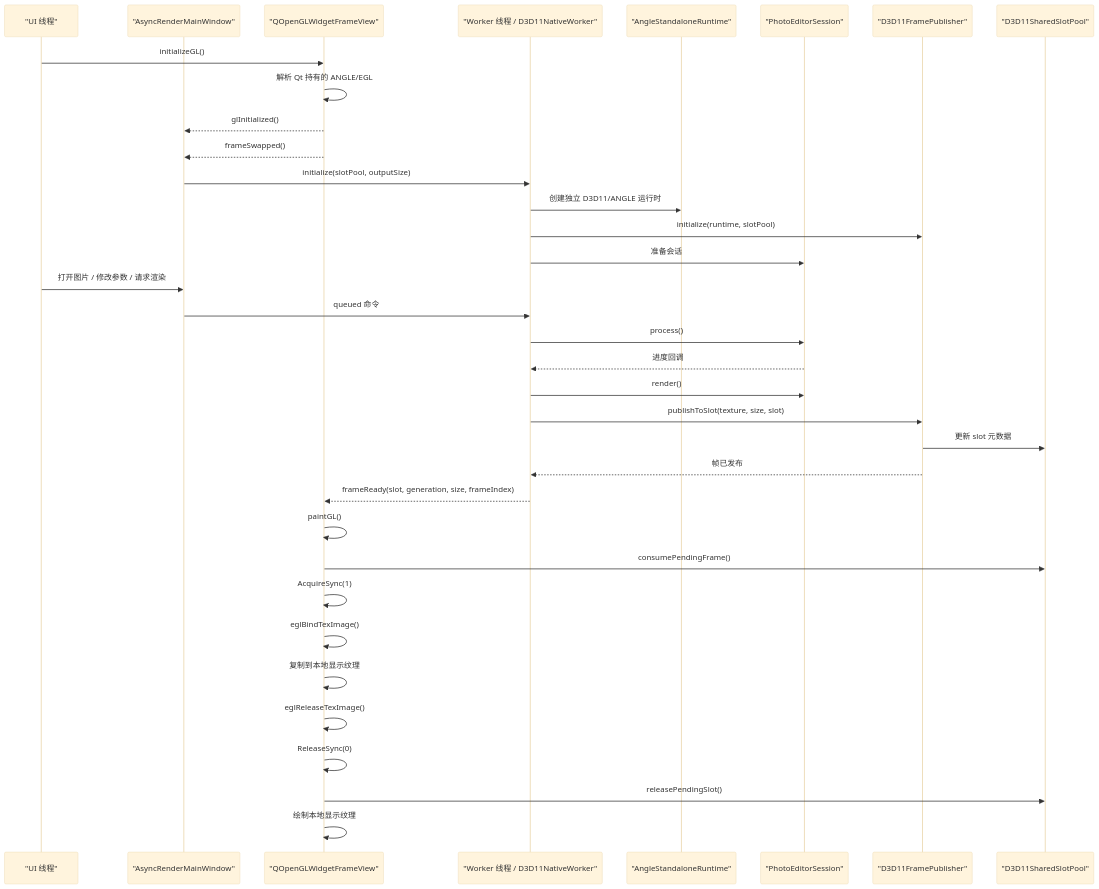
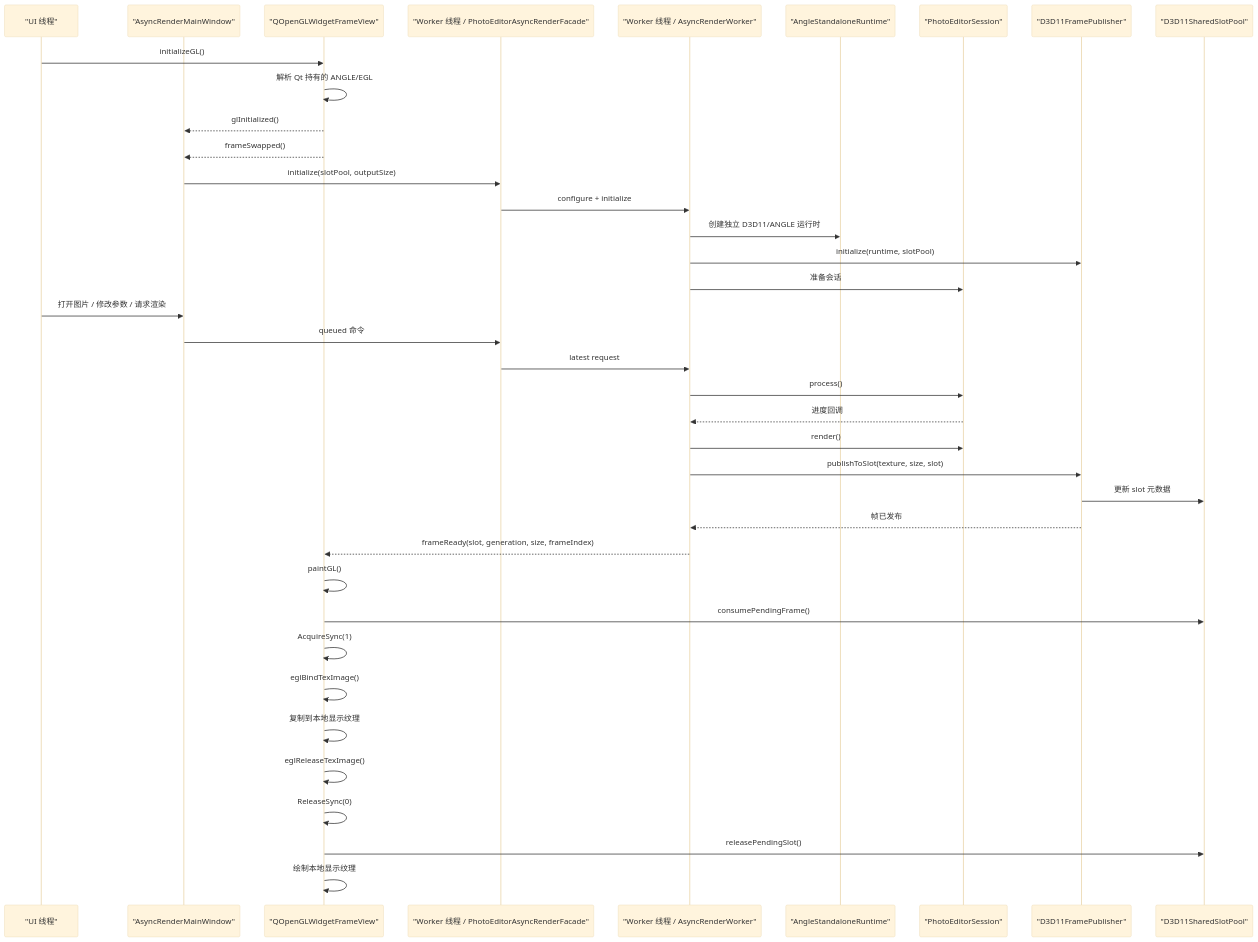
One commit to Peranger1/Gles2AsyncRender changed the second of 2 diagrams in ARCHITECTURE.md. Above: the diagram before and after it, drawn with Mermaid (base theme). The commit also changed other lines of this file and 16 other files, not shown here.

Commit message:
Split app facade from async render worker

````diff
--- a/ARCHITECTURE.md
+++ b/ARCHITECTURE.md
@@ -182,40 +189,43 @@
 ```mermaid
 sequenceDiagram
     participant UI as "UI 线程"
     participant Win as "AsyncRenderMainWindow"
     participant Wgt as "QOpenGLWidgetFrameView"
-    participant Wkr as "Worker 线程 / D3D11NativeWorker"
+    participant Fac as "Worker 线程 / PhotoEditorAsyncRenderFacade"
+    participant Wkr as "Worker 线程 / AsyncRenderWorker"
     participant RT as "AngleStandaloneRuntime"
     participant Alg as "PhotoEditorSession"
     participant Pub as "D3D11FramePublisher"
     participant Pool as "D3D11SharedSlotPool"
 
     UI->>Wgt: initializeGL()
     Wgt->>Wgt: 解析 Qt 持有的 ANGLE/EGL
     Wgt-->>Win: glInitialized()
     Wgt-->>Win: frameSwapped()
-    Win->>Wkr: initialize(slotPool, outputSize)
+    Win->>Fac: initialize(slotPool, outputSize)
+    Fac->>Wkr: configure + initialize
     Wkr->>RT: 创建独立 D3D11/ANGLE 运行时
     Wkr->>Pub: initialize(runtime, slotPool)
     Wkr->>Alg: 准备会话
 
     UI->>Win: 打开图片 / 修改参数 / 请求渲染
-    Win->>Wkr: queued 命令
+    Win->>Fac: queued 命令
+    Fac->>Wkr: latest request
     Wkr->>Alg: process()
     Alg-->>Wkr: 进度回调
     Wkr->>Alg: render()
     Wkr->>Pub: publishToSlot(texture, size, slot)
     Pub->>Pool: 更新 slot 元数据
     Pub-->>Wkr: 帧已发布
     Wkr-->>Wgt: frameReady(slot, generation, size, frameIndex)
 
     Wgt->>Wgt: paintGL()
     Wgt->>Pool: consumePendingFrame()
     Wgt->>Wgt: AcquireSync(1)
     Wgt->>Wgt: eglBindTexImage()
     Wgt->>Wgt: 复制到本地显示纹理
     Wgt->>Wgt: eglReleaseTexImage()
     Wgt->>Wgt: ReleaseSync(0)
     Wgt->>Pool: releasePendingSlot()
     Wgt->>Wgt: 绘制本地显示纹理
 ```
````
